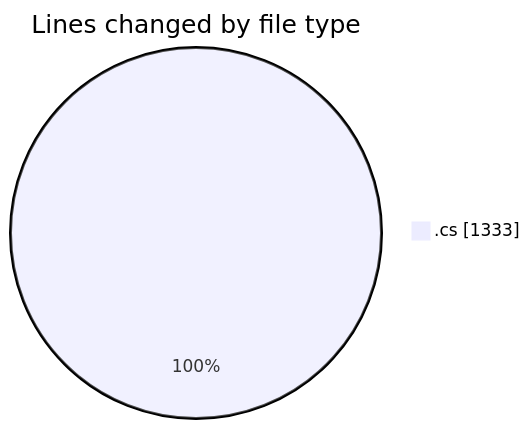
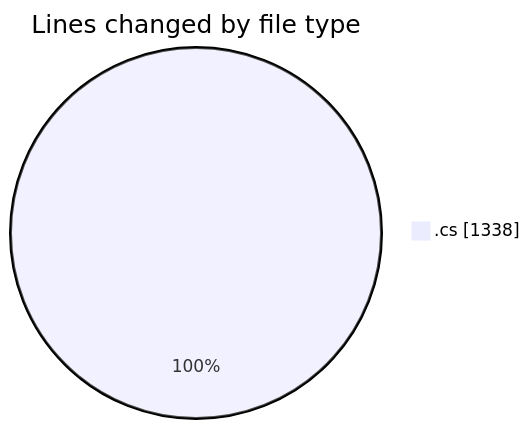
Before and after one commit to lephambinh05/code-tracking: the first of 2 diagrams in 2025-07-20/reggarena/README.md, drawn with Mermaid. The commit also changed other lines of this file and 1 other file, not shown here.

````diff
--- a/2025-07-20/reggarena/README.md
+++ b/2025-07-20/reggarena/README.md
@@ -22,5 +22,5 @@
 ```mermaid
 pie showData
 title Lines changed by file type
-".cs" : 1333
+".cs" : 1338
 ```
````
